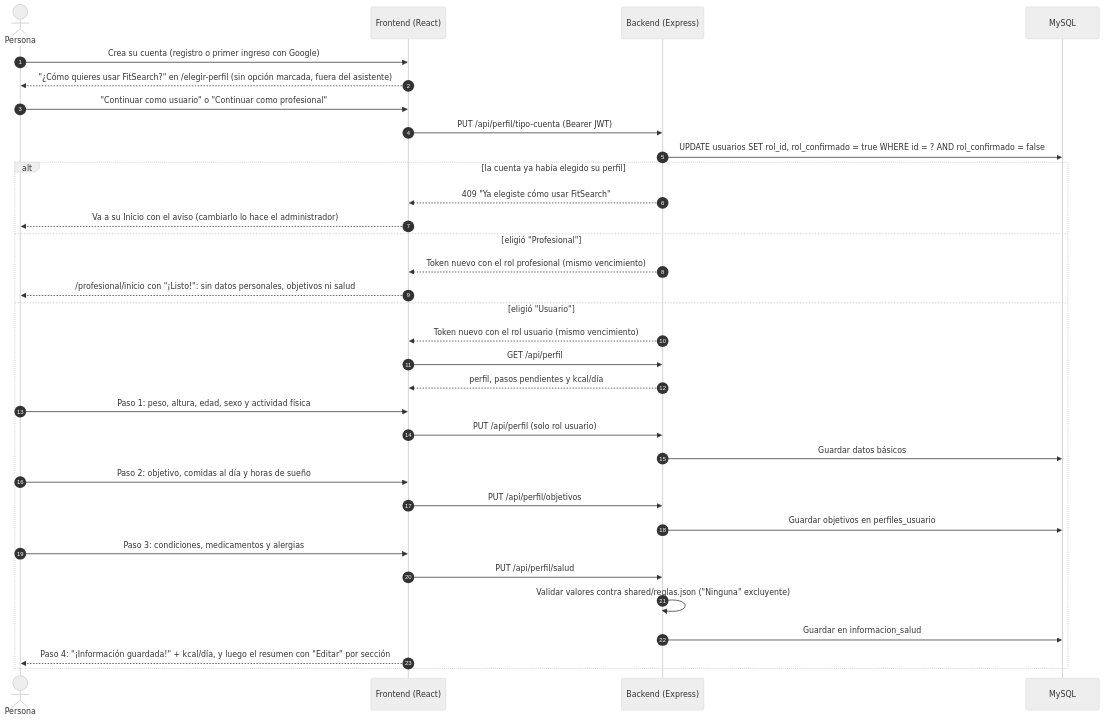
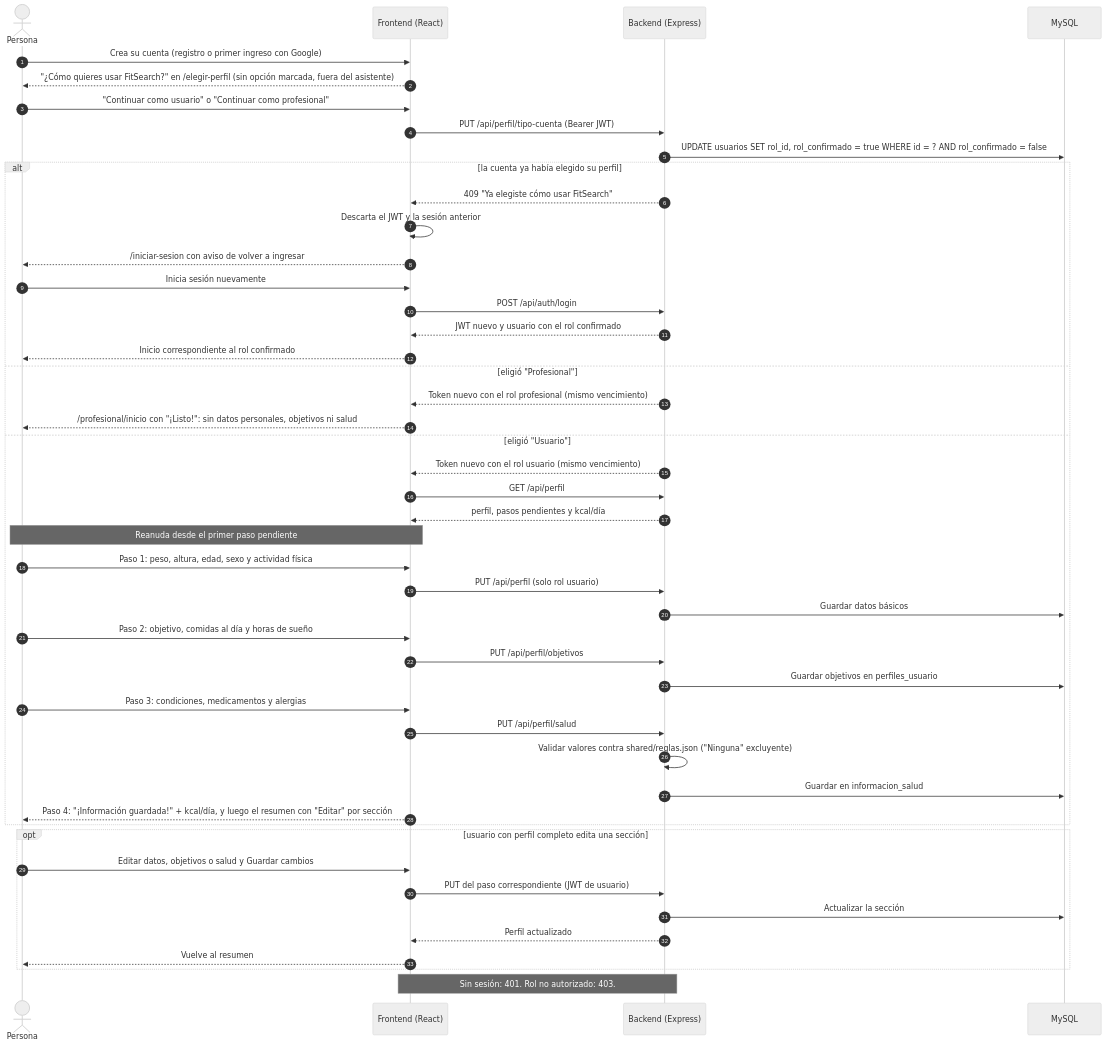
Before and after one commit to rodriacr/FitSearch: the diagram in FASE 2/Evidencias Proyecto/Evidencias de documentación/Diagramas (Miro)/Actualización Sprint 3/06_Secuencia_Elegir_Perfil_y_Asistente.mmd, drawn with Mermaid (neutral theme). The commit also changed 20 other files, not shown here.

Commit message:
Actualiza diagramas del Sprint 3 y ajustes de revisión del PR 15

```diff
--- a/FASE 2/Evidencias Proyecto/Evidencias de documentación/Diagramas (Miro)/Actualización Sprint 3/06_Secuencia_Elegir_Perfil_y_Asistente.mmd
+++ b/FASE 2/Evidencias Proyecto/Evidencias de documentación/Diagramas (Miro)/Actualización Sprint 3/06_Secuencia_Elegir_Perfil_y_Asistente.mmd
@@ -1,33 +1,47 @@
 sequenceDiagram
   autonumber
   actor P as Persona
   participant F as Frontend (React)
   participant B as Backend (Express)
   participant D as MySQL
   P->>F: Crea su cuenta (registro o primer ingreso con Google)
   F-->>P: "¿Cómo quieres usar FitSearch?" en /elegir-perfil (sin opción marcada, fuera del asistente)
   P->>F: "Continuar como usuario" o "Continuar como profesional"
   F->>B: PUT /api/perfil/tipo-cuenta (Bearer JWT)
   B->>D: UPDATE usuarios SET rol_id, rol_confirmado = true WHERE id = ? AND rol_confirmado = false
   alt la cuenta ya había elegido su perfil
     B-->>F: 409 "Ya elegiste cómo usar FitSearch"
-    F-->>P: Va a su Inicio con el aviso (cambiarlo lo hace el administrador)
+    F->>F: Descarta el JWT y la sesión anterior
+    F-->>P: /iniciar-sesion con aviso de volver a ingresar
+    P->>F: Inicia sesión nuevamente
+    F->>B: POST /api/auth/login
+    B-->>F: JWT nuevo y usuario con el rol confirmado
+    F-->>P: Inicio correspondiente al rol confirmado
   else eligió "Profesional"
     B-->>F: Token nuevo con el rol profesional (mismo vencimiento)
     F-->>P: /profesional/inicio con "¡Listo!": sin datos personales, objetivos ni salud
   else eligió "Usuario"
     B-->>F: Token nuevo con el rol usuario (mismo vencimiento)
     F->>B: GET /api/perfil
     B-->>F: perfil, pasos pendientes y kcal/día
+    Note over P,F: Reanuda desde el primer paso pendiente
     P->>F: Paso 1: peso, altura, edad, sexo y actividad física
     F->>B: PUT /api/perfil (solo rol usuario)
     B->>D: Guardar datos básicos
     P->>F: Paso 2: objetivo, comidas al día y horas de sueño
     F->>B: PUT /api/perfil/objetivos
     B->>D: Guardar objetivos en perfiles_usuario
     P->>F: Paso 3: condiciones, medicamentos y alergias
     F->>B: PUT /api/perfil/salud
     B->>B: Validar valores contra shared/reglas.json ("Ninguna" excluyente)
     B->>D: Guardar en informacion_salud
     F-->>P: Paso 4: "¡Información guardada!" + kcal/día, y luego el resumen con "Editar" por sección
   end
+  opt usuario con perfil completo edita una sección
+    P->>F: Editar datos, objetivos o salud y Guardar cambios
+    F->>B: PUT del paso correspondiente (JWT de usuario)
+    B->>D: Actualizar la sección
+    B-->>F: Perfil actualizado
+    F-->>P: Vuelve al resumen
+  end
+  Note over F,B: Sin sesión: 401. Rol no autorizado: 403.
```
